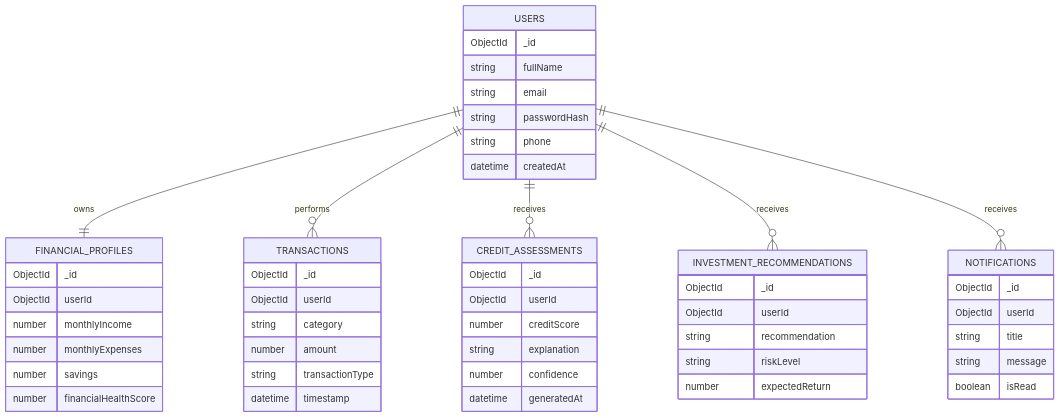
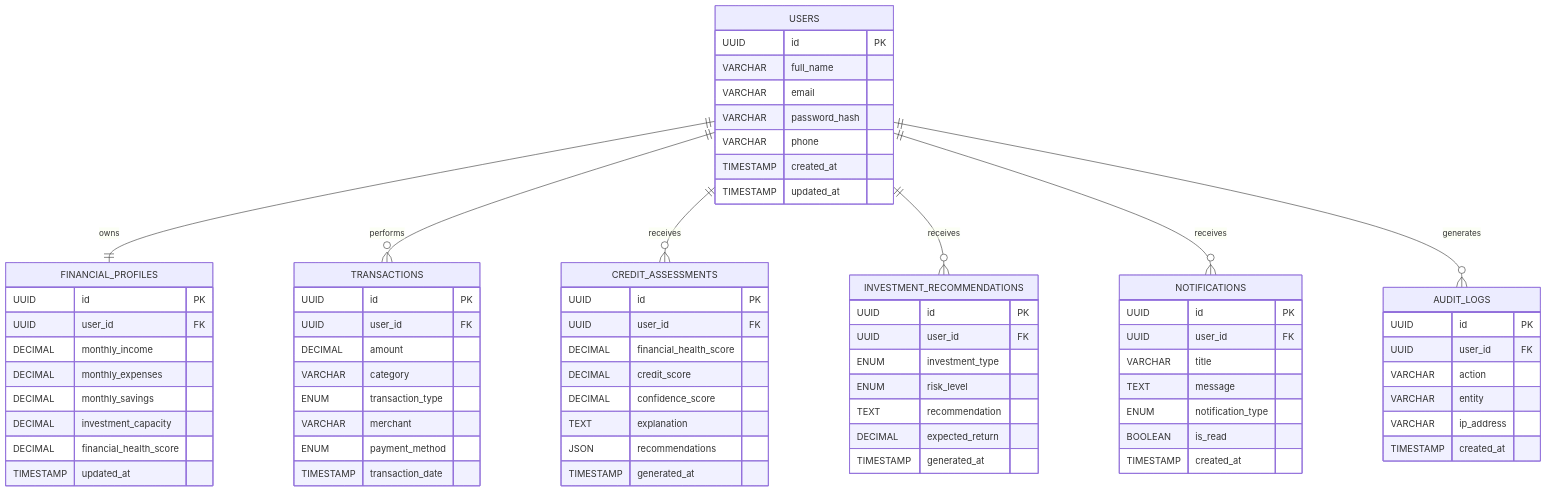
The second of 9 diagrams in README.md (Hitakshu-Goswami/CreditMiners), drawn with Mermaid before and after one commit. The commit also changed other lines of this file, not shown here.

````diff
--- a/README.md
+++ b/README.md
@@ -971,61 +1388,82 @@
 ```mermaid
 erDiagram
 
     USERS ||--|| FINANCIAL_PROFILES : owns
     USERS ||--o{ TRANSACTIONS : performs
     USERS ||--o{ CREDIT_ASSESSMENTS : receives
     USERS ||--o{ INVESTMENT_RECOMMENDATIONS : receives
     USERS ||--o{ NOTIFICATIONS : receives
+    USERS ||--o{ AUDIT_LOGS : generates
 
     USERS {
-        ObjectId _id
-        string fullName
-        string email
-        string passwordHash
-        string phone
-        datetime createdAt
+        UUID id PK
+        VARCHAR full_name
+        VARCHAR email
+        VARCHAR password_hash
+        VARCHAR phone
+        TIMESTAMP created_at
+        TIMESTAMP updated_at
     }
 
     FINANCIAL_PROFILES {
-        ObjectId _id
-        ObjectId userId
-        number monthlyIncome
-        number monthlyExpenses
-        number savings
-        number financialHealthScore
+        UUID id PK
+        UUID user_id FK
+        DECIMAL monthly_income
+        DECIMAL monthly_expenses
+        DECIMAL monthly_savings
+        DECIMAL investment_capacity
+        DECIMAL financial_health_score
+        TIMESTAMP updated_at
     }
 
     TRANSACTIONS {
-        ObjectId _id
-        ObjectId userId
-        string category
-        number amount
-        string transactionType
-        datetime timestamp
+        UUID id PK
+        UUID user_id FK
+        DECIMAL amount
+        VARCHAR category
+        ENUM transaction_type
+        VARCHAR merchant
+        ENUM payment_method
+        TIMESTAMP transaction_date
     }
 
     CREDIT_ASSESSMENTS {
-        ObjectId _id
-        ObjectId userId
-        number creditScore
-        string explanation
-        number confidence
-        datetime generatedAt
+        UUID id PK
+        UUID user_id FK
+        DECIMAL financial_health_score
+        DECIMAL credit_score
+        DECIMAL confidence_score
+        TEXT explanation
+        JSON recommendations
+        TIMESTAMP generated_at
     }
 
     INVESTMENT_RECOMMENDATIONS {
-        ObjectId _id
-        ObjectId userId
-        string recommendation
-        string riskLevel
-        number expectedReturn
+        UUID id PK
+        UUID user_id FK
+        ENUM investment_type
+        ENUM risk_level
+        TEXT recommendation
+        DECIMAL expected_return
+        TIMESTAMP generated_at
     }
 
     NOTIFICATIONS {
-        ObjectId _id
-        ObjectId userId
-        string title
-        string message
-        boolean isRead
+        UUID id PK
+        UUID user_id FK
+        VARCHAR title
+        TEXT message
+        ENUM notification_type
+        BOOLEAN is_read
+        TIMESTAMP created_at
+    }
+
+    AUDIT_LOGS {
+        UUID id PK
+        UUID user_id FK
+        VARCHAR action
+        VARCHAR entity
+        VARCHAR ip_address
+        TIMESTAMP created_at
     }
 ```
````
